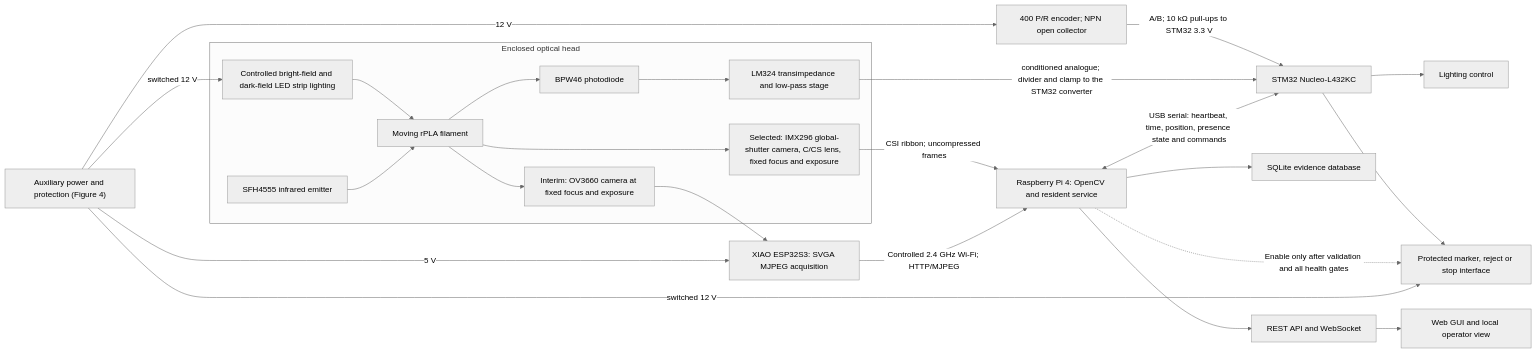
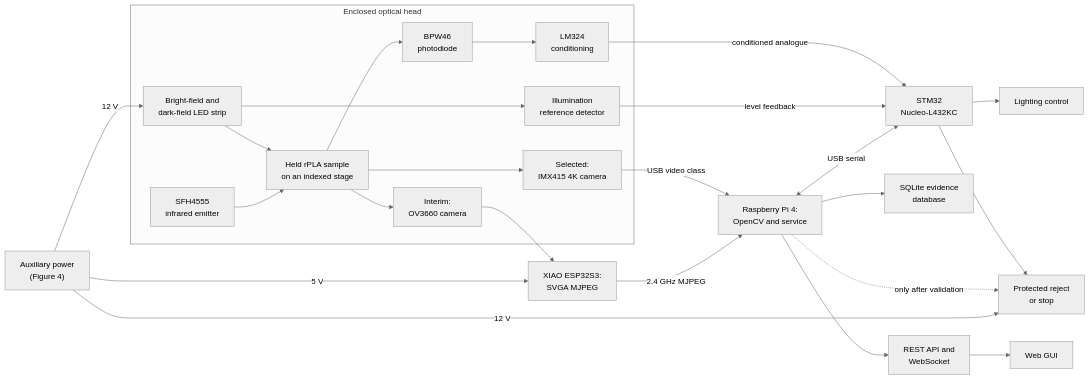
Before and after one commit to wxy331-hub/eng5105-rpla-surface-quality: the first of 4 diagrams in paper_rewriting_output/ENG5105_Proposal_Design_Report_EN.md, drawn with Mermaid (neutral theme). The commit also changed other lines of this file and 22 other files, not shown here.

````diff
--- a/paper_rewriting_output/ENG5105_Proposal_Design_Report_EN.md
+++ b/paper_rewriting_output/ENG5105_Proposal_Design_Report_EN.md
@@ -216,33 +224,34 @@
 ```mermaid
 flowchart LR
     subgraph OH["Enclosed optical head"]
-        F["Moving rPLA filament"]
-        L["Controlled bright-field and dark-field LED strip lighting"]
-        CA["Selected: IMX296 global-shutter camera, C/CS lens, fixed focus and exposure"]
-        CB["Interim: OV3660 camera at fixed focus and exposure"]
-        IR["SFH4555 infrared emitter"]
-        PD["BPW46 photodiode"]
-        AF["LM324 transimpedance and low-pass stage"]
+        F["Held rPLA sample<br/>on an indexed stage"]
+        L["Bright-field and<br/>dark-field LED strip"]
+        CA["Selected:<br/>IMX415 4K camera"]
+        CB["Interim:<br/>OV3660 camera"]
+        IR["SFH4555<br/>infrared emitter"]
+        PD["BPW46<br/>photodiode"]
+        AF["LM324<br/>conditioning"]
+        RD["Illumination<br/>reference detector"]
         F --> CA
         F --> CB
         L --> F
         IR --> F --> PD --> AF
+        L --> RD
     end
-    CA -->|"CSI ribbon; uncompressed frames"| P["Raspberry Pi 4: OpenCV and resident service"]
-    CB --> E["XIAO ESP32S3: SVGA MJPEG acquisition"]
-    E -->|"Controlled 2.4 GHz Wi-Fi; HTTP/MJPEG"| P
-    EN["400 P/R encoder; NPN open collector"] -->|"A/B; 10 kΩ pull-ups to STM32 3.3 V"| S["STM32 Nucleo-L432KC"]
-    AF -->|"conditioned analogue; divider and clamp to the STM32 converter"| S
-    P <-->|"USB serial: heartbeat, time, position, presence state and commands"| S
-    P --> D["SQLite evidence database"]
-    P --> A["REST API and WebSocket"]
-    A --> G["Web GUI and local operator view"]
+    CA -->|"USB video class"| P["Raspberry Pi 4:<br/>OpenCV and service"]
+    CB --> E["XIAO ESP32S3:<br/>SVGA MJPEG"]
+    E -->|"2.4 GHz MJPEG"| P
+    AF -->|"conditioned analogue"| S["STM32<br/>Nucleo-L432KC"]
+    RD -->|"level feedback"| S
+    P <-->|"USB serial"| S
+    P --> D["SQLite evidence<br/>database"]
+    P --> A["REST API and<br/>WebSocket"]
+    A --> G["Web GUI"]
     S --> LC["Lighting control"]
-    S --> O["Protected marker, reject or stop interface"]
-    P -. "Enable only after validation and all health gates" .-> O
-    PWR["Auxiliary power and protection (Figure 4)"]
+    S --> O["Protected reject<br/>or stop"]
+    P -. "only after validation" .-> O
+    PWR["Auxiliary power<br/>(Figure 4)"]
     PWR -->|"5 V"| E
-    PWR -->|"switched 12 V"| O
-    PWR -->|"switched 12 V"| L
-    PWR -->|"12 V"| EN
+    PWR -->|"12 V"| O
+    PWR -->|"12 V"| L
 ```
````
